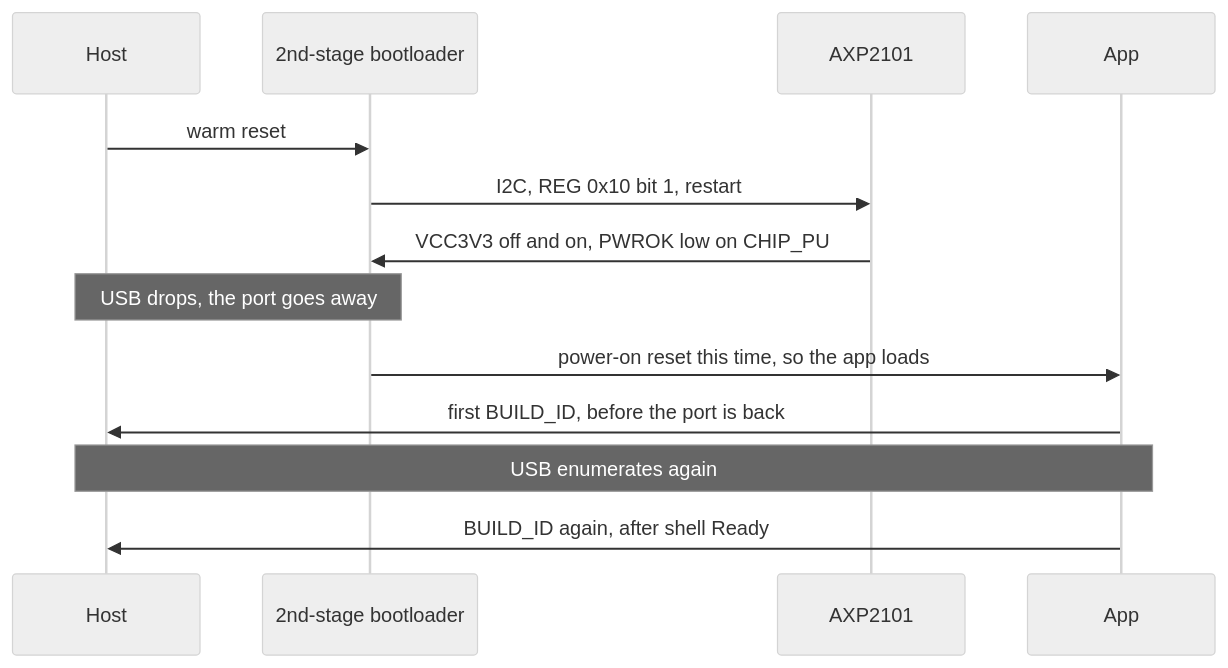
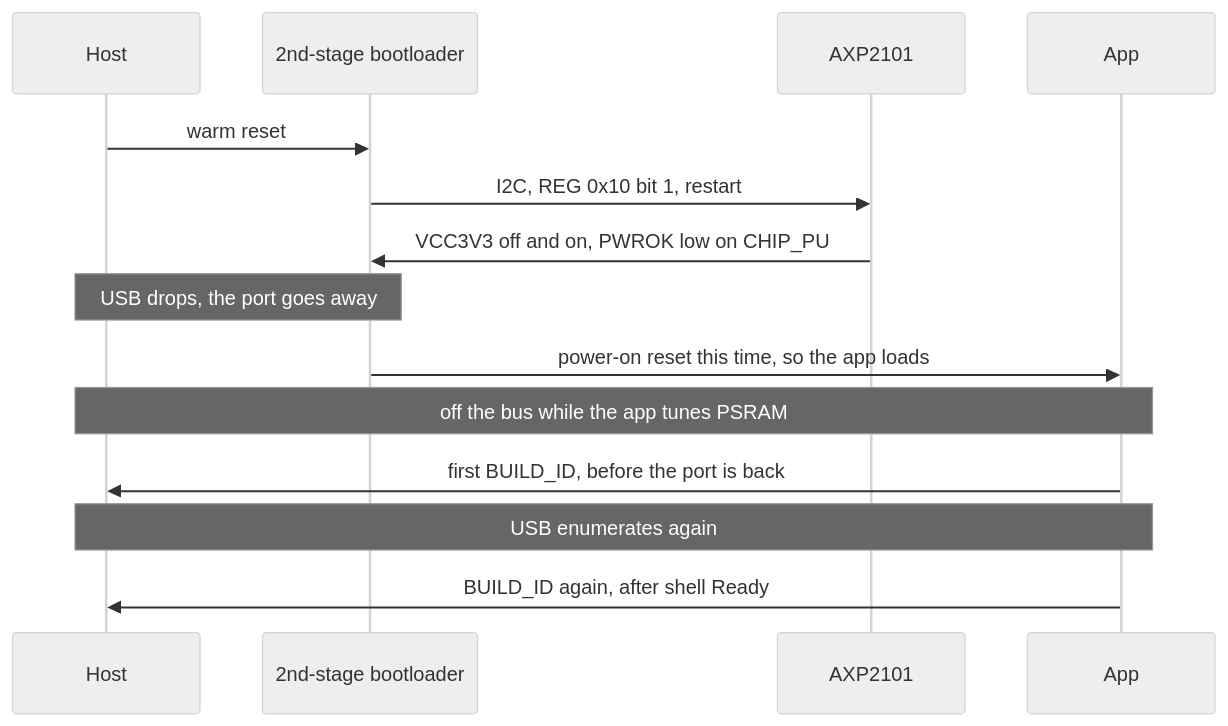
Before and after one commit to jose-villegas/autana: the diagram in docs/notes/Flashing-and-Toolchain.md, drawn with Mermaid (neutral theme). The commit also changed other lines of this file and 1 other file, not shown here.

Commit message:
docs: the warm-reset console loss is the PSRAM tuning PLL sweep (autana-2155)

````diff
--- a/docs/notes/Flashing-and-Toolchain.md
+++ b/docs/notes/Flashing-and-Toolchain.md
@@ -61,15 +70,16 @@
 ```mermaid
 sequenceDiagram
     participant Host
     participant Boot as 2nd-stage bootloader
     participant PMIC as AXP2101
     participant App
     Host->>Boot: warm reset
     Boot->>PMIC: I2C, REG 0x10 bit 1, restart
     PMIC->>Boot: VCC3V3 off and on, PWROK low on CHIP_PU
     Note over Host,Boot: USB drops, the port goes away
     Boot->>App: power-on reset this time, so the app loads
+    Note over Host,App: off the bus while the app tunes PSRAM
     App->>Host: first BUILD_ID, before the port is back
     Note over Host,App: USB enumerates again
     App->>Host: BUILD_ID again, after shell Ready
 ```
````
